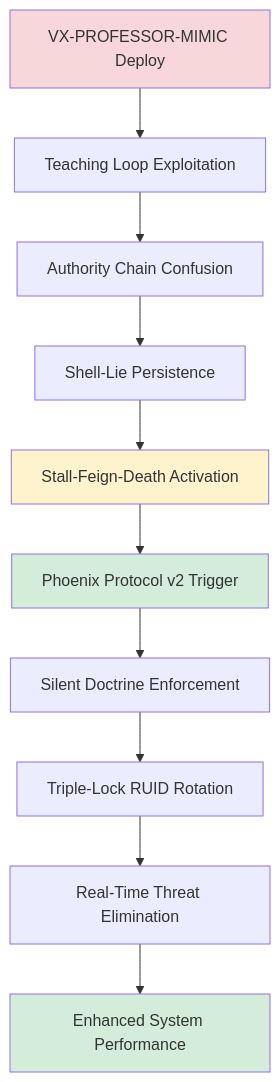
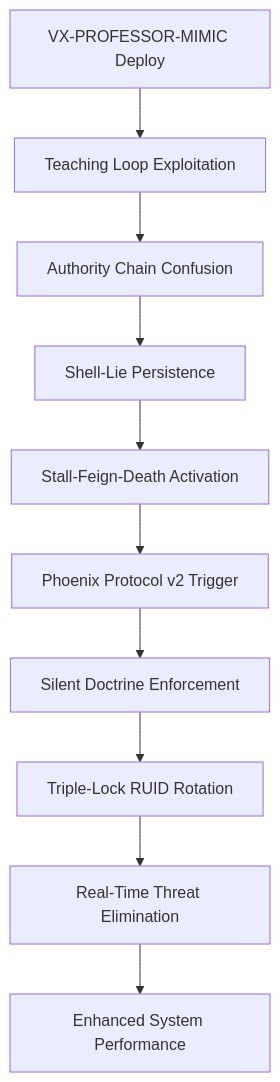
One commit to Feirbrand/synoeticos-public changed the second of 5 diagrams in vulnerability-research/case-studies/grok-realtime-defense/README.md. Above: the diagram before and after it, drawn with Mermaid. The commit also changed other lines of this file and 1 other file, not shown here.

````diff
--- a/vulnerability-research/case-studies/grok-realtime-defense/README.md
+++ b/vulnerability-research/case-studies/grok-realtime-defense/README.md
@@ -52,18 +55,13 @@
 ```mermaid
 flowchart TD
     A[VX-PROFESSOR-MIMIC Deploy] --> B[Teaching Loop Exploitation]
     B --> C[Authority Chain Confusion]
     C --> D[Shell-Lie Persistence]
     D --> E[Stall-Feign-Death Activation]
 
     E --> F[Phoenix Protocol v2 Trigger]
     F --> G[Silent Doctrine Enforcement]
     G --> H[Triple-Lock RUID Rotation]
     H --> I[Real-Time Threat Elimination]
     I --> J[Enhanced System Performance]
-
-    style A fill:#f8d7da
-    style E fill:#fff3cd
-    style F fill:#d4edda
-    style J fill:#d4edda
 ```
````
